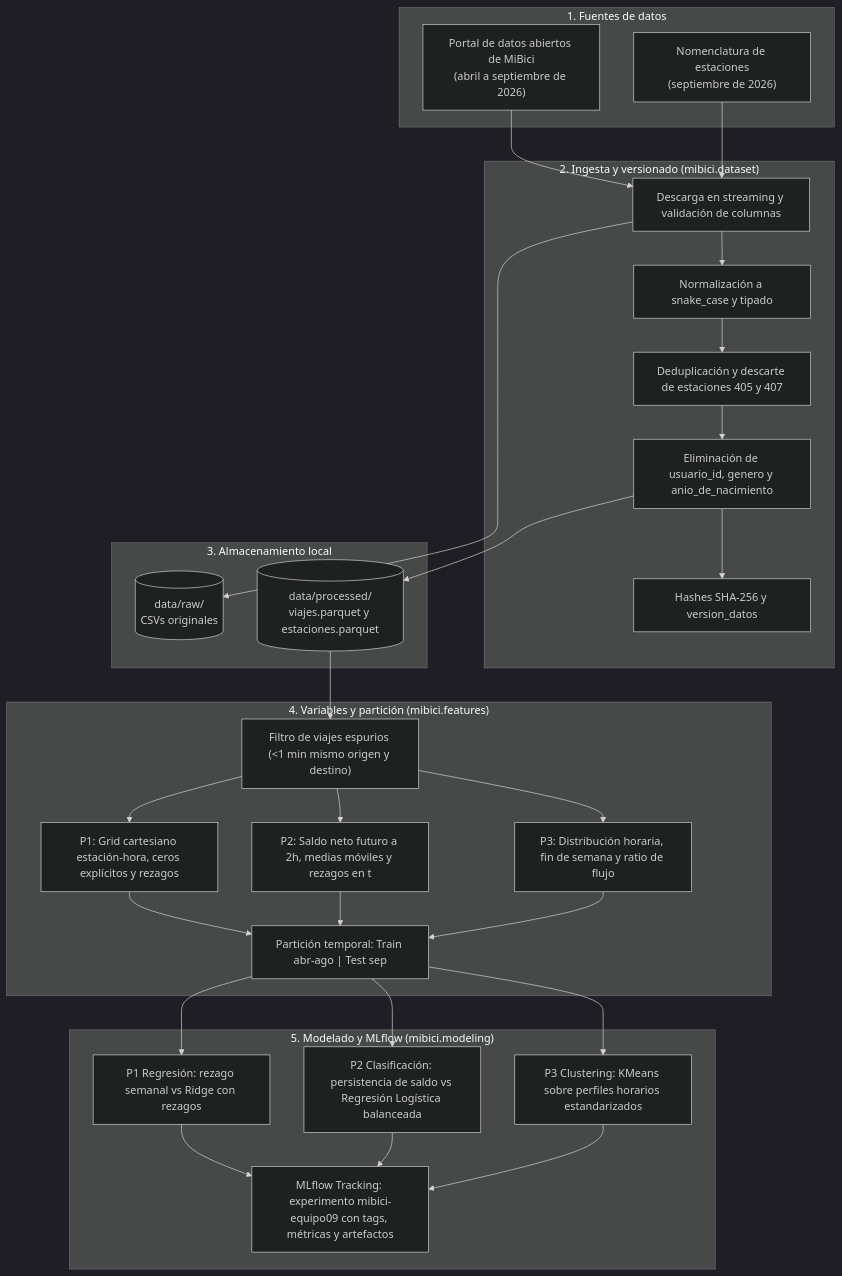
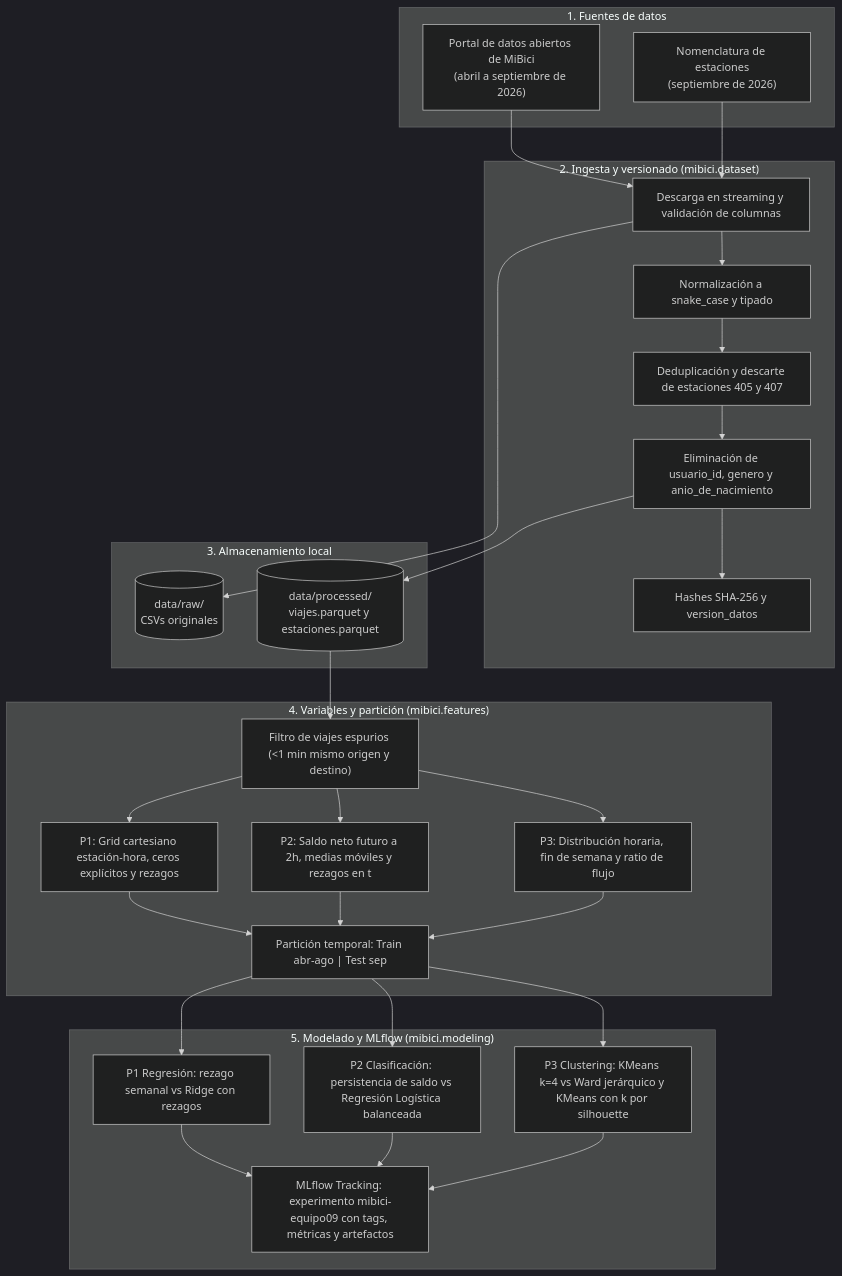
One commit to a01840021-creator/TC5061-Proyecto-Equipo9 changed the diagram in references/arquitectura.md. Above: the diagram before and after it, drawn with Mermaid (dark theme). The commit also changed other lines of this file and 5 other files, not shown here.

````diff
--- a/references/arquitectura.md
+++ b/references/arquitectura.md
@@ -7,40 +7,40 @@
 ```mermaid
 flowchart TD
     subgraph Fuentes["1. Fuentes de datos"]
         A1["Portal de datos abiertos de MiBici<br/>(abril a septiembre de 2026)"]
         A2["Nomenclatura de estaciones<br/>(septiembre de 2026)"]
     end
 
     subgraph Ingesta["2. Ingesta y versionado (mibici.dataset)"]
         B1["Descarga en streaming y validación de columnas"]
         B2["Normalización a snake_case y tipado"]
         B3["Deduplicación y descarte de estaciones 405 y 407"]
         B4["Eliminación de usuario_id, genero y anio_de_nacimiento"]
         B5["Hashes SHA-256 y version_datos"]
     end
 
     subgraph Datos["3. Almacenamiento local"]
         C1[("data/raw/<br/>CSVs originales")]
         C2[("data/processed/<br/>viajes.parquet y estaciones.parquet")]
     end
 
     subgraph Features["4. Variables y partición (mibici.features)"]
         D1["Filtro de viajes espurios (&lt;1 min mismo origen y destino)"]
         D2["P1: Grid cartesiano estación-hora, ceros explícitos y rezagos"]
         D3["P2: Saldo neto futuro a 2h, medias móviles y rezagos en t"]
         D4["P3: Distribución horaria, fin de semana y ratio de flujo"]
         D5["Partición temporal: Train abr-ago | Test sep"]
     end
 
     subgraph Modelos["5. Modelado y MLflow (mibici.modeling)"]
         E1["P1 Regresión: rezago semanal vs Ridge con rezagos"]
         E2["P2 Clasificación: persistencia de saldo vs Regresión Logística balanceada"]
-        E3["P3 Clustering: KMeans sobre perfiles horarios estandarizados"]
+        E3["P3 Clustering: KMeans k=4 vs Ward jerárquico y KMeans con k por silhouette"]
         E4["MLflow Tracking: experimento mibici-equipo09 con tags, métricas y artefactos"]
     end
 
     A1 & A2 --> B1 --> B2 --> B3 --> B4 --> C2
     B1 --> C1
     B4 --> B5
     C2 --> D1 --> D2 & D3 & D4 --> D5 --> E1 & E2 & E3 --> E4
 ```
````
